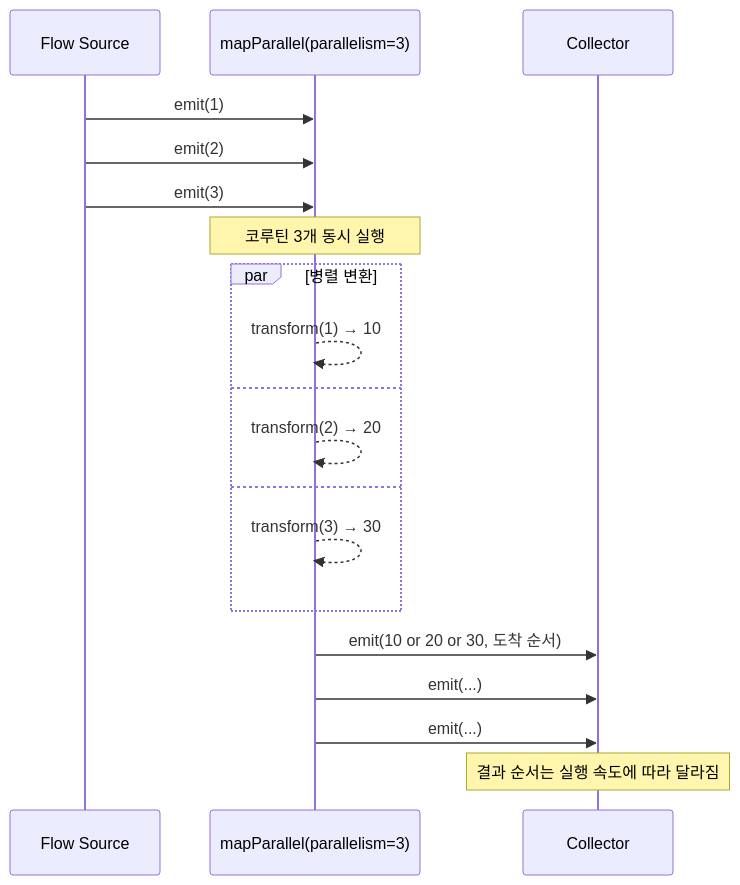
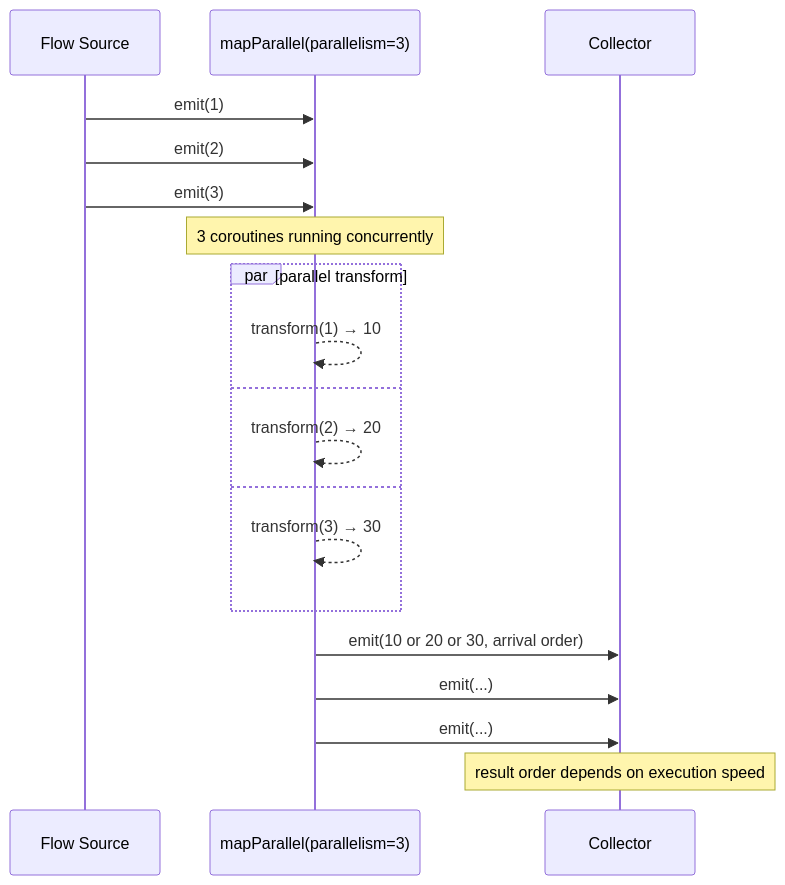
One commit to bluetape4k/bluetape4k-projects changed the seventh of 15 diagrams in bluetape4k/coroutines/README.md. Above: the diagram before and after it, drawn with Mermaid. The commit also changed other lines of this file and 265 other files, not shown here.

````diff
--- a/bluetape4k/coroutines/README.md
+++ b/bluetape4k/coroutines/README.md
@@ -353,21 +355,21 @@
 ```mermaid
 sequenceDiagram
     participant S as Flow Source
     participant MP as mapParallel(parallelism=3)
     participant R as Collector
     S ->> MP: emit(1)
     S ->> MP: emit(2)
     S ->> MP: emit(3)
-    Note over MP: 코루틴 3개 동시 실행
-    par 병렬 변환
+    Note over MP: 3 coroutines running concurrently
+    par parallel transform
         MP -->> MP: transform(1) → 10
     and
         MP -->> MP: transform(2) → 20
     and
         MP -->> MP: transform(3) → 30
     end
-    MP ->> R: emit(10 or 20 or 30, 도착 순서)
+    MP ->> R: emit(10 or 20 or 30, arrival order)
     MP ->> R: emit(...)
     MP ->> R: emit(...)
-    Note over R: 결과 순서는 실행 속도에 따라 달라짐
+    Note over R: result order depends on execution speed
 ```
````
